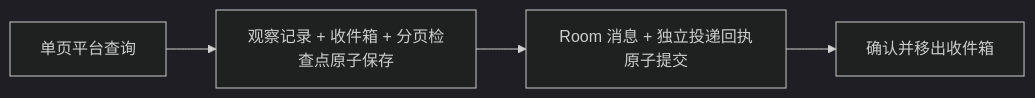
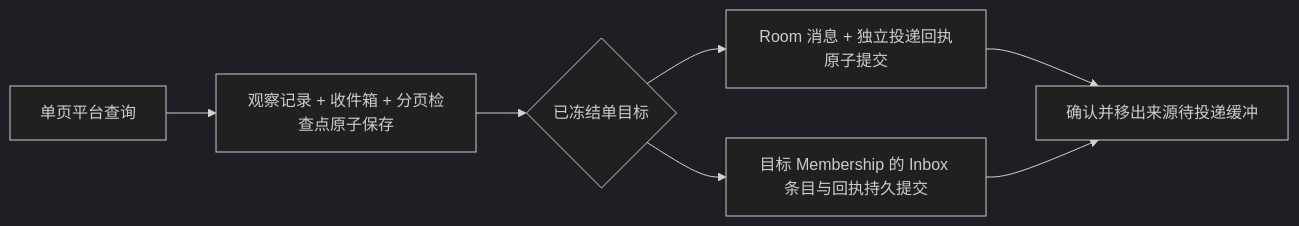
One commit to go-aie/teamx changed the diagram in docs/notifications.zh.md. Above: the diagram before and after it, drawn with Mermaid (dark theme). The commit also changed other lines of this file and 5 other files, not shown here.

````diff
--- a/docs/notifications.zh.md
+++ b/docs/notifications.zh.md
@@ -39,6 +107,9 @@
 ```mermaid
 flowchart LR
   Q[单页平台查询] --> S[观察记录 + 收件箱 + 分页检查点原子保存]
-  S --> R[Room 消息 + 独立投递回执原子提交]
-  R --> A[确认并移出收件箱]
+  S --> D{已冻结单目标}
+  D --> R[Room 消息 + 独立投递回执原子提交]
+  D --> I[目标 Membership 的 Inbox 条目与回执持久提交]
+  R --> A[确认并移出来源待投递缓冲]
+  I --> A
 ```
````
